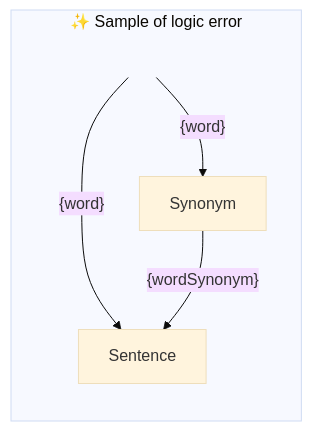
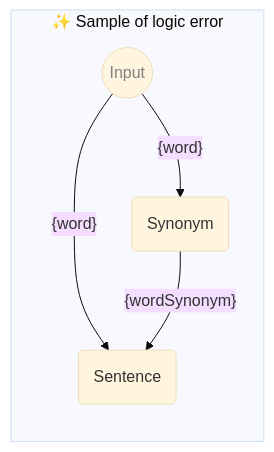
One commit to webgptorg/promptbook changed the diagram in samples/templates/70-parameter-used-in-reverse-order.ptbk.md. Above: the diagram before and after it, drawn with Mermaid (base theme). The commit also changed 19 other files, not shown here.

Commit message:
Auto-generated Mermaid graphs of promptboks

````diff
--- a/samples/templates/70-parameter-used-in-reverse-order.ptbk.md
+++ b/samples/templates/70-parameter-used-in-reverse-order.ptbk.md
@@ -13,19 +13,19 @@
 ```mermaid
 %% 🔮 Tip: Open this on GitHub or in the VSCode website to see the Mermaid graph visually
 
 flowchart LR
   subgraph "✨ Sample of logic error"
 
       direction TB
 
-      input[<!--Input-->]:::hidden
-      templateSentence[Sentence]
+      input((Input)):::input
+      templateSentence(Sentence)
       input--"{word}"-->templateSentence
       templateSynonym--"{wordSynonym}"-->templateSentence
-      templateSynonym[Synonym]
+      templateSynonym(Synonym)
       input--"{word}"-->templateSynonym
 
-      classDef hidden visibility: hidden;
+      classDef input color: grey;
 
   end;
 ```
````
